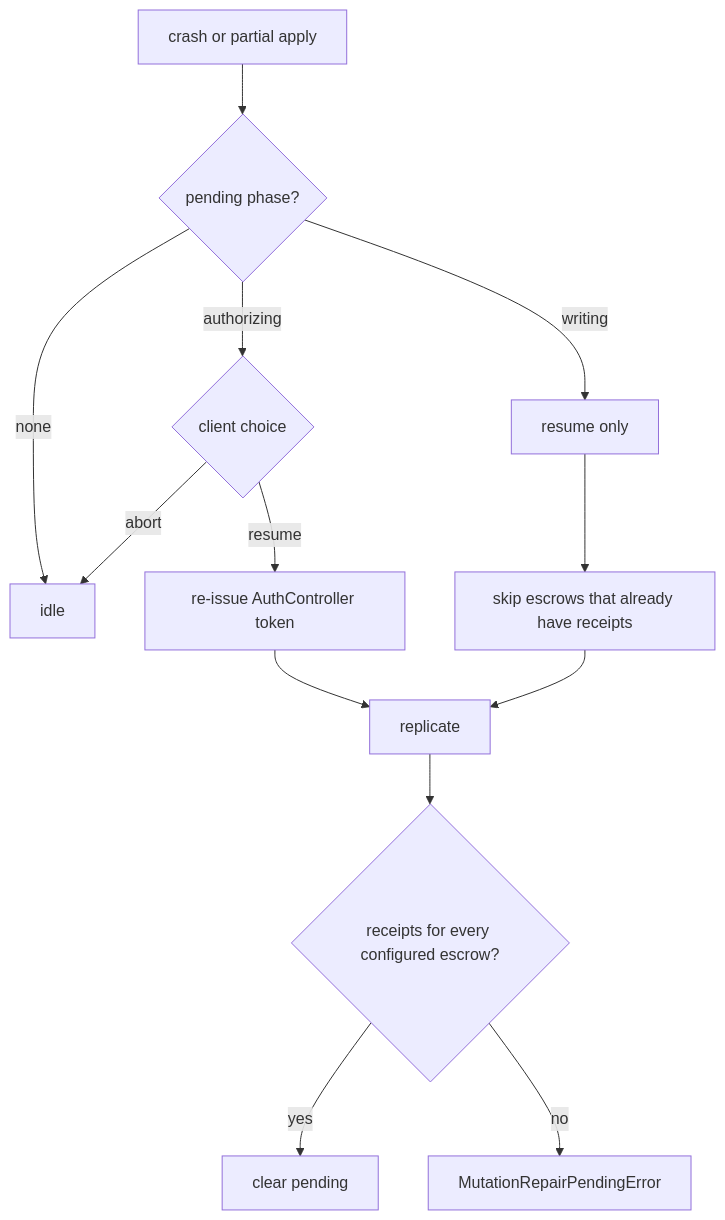
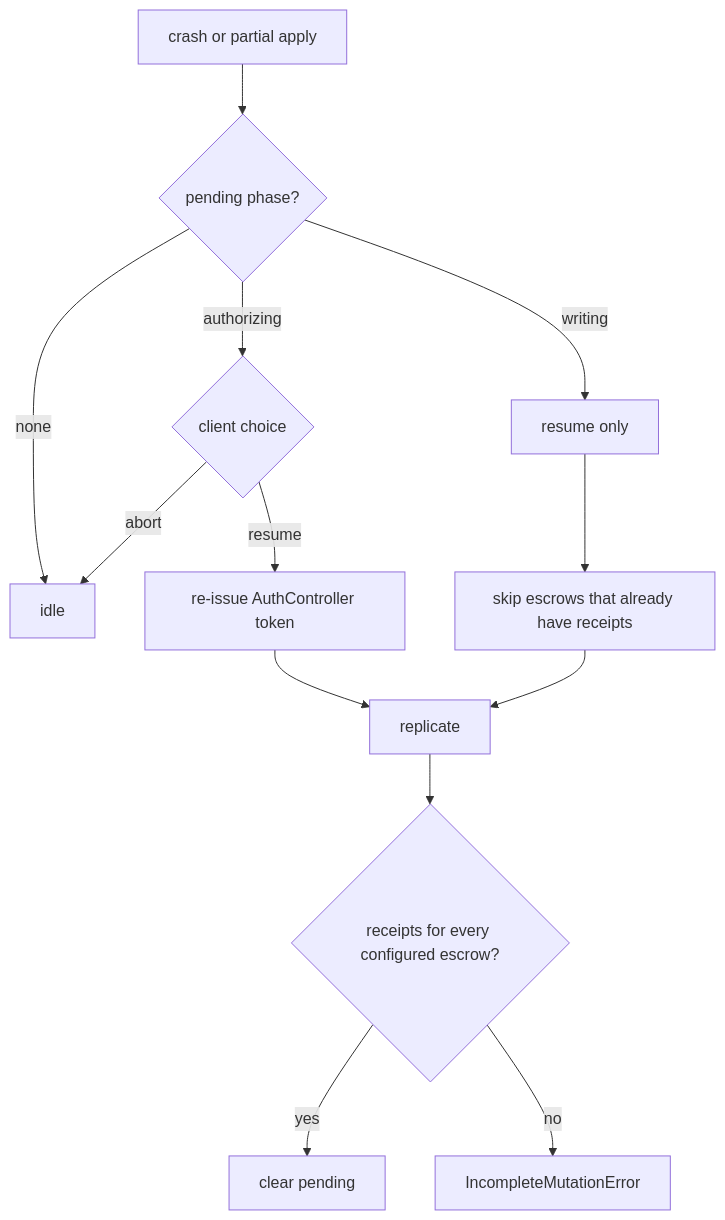
The sixth of 6 diagrams in packages/mfa-recovery-controller/ARCHITECTURE.md (MetaMask/core), drawn with Mermaid before and after one commit. The commit also changed other lines of this file and 16 other files, not shown here.

````diff
--- a/packages/mfa-recovery-controller/ARCHITECTURE.md
+++ b/packages/mfa-recovery-controller/ARCHITECTURE.md
@@ -171,15 +174,15 @@
 ```mermaid
 flowchart TD
   Crash[crash or partial apply] --> Phase{pending phase?}
   Phase -->|none| Idle[idle]
   Phase -->|authorizing| AbortOrResume{client choice}
   AbortOrResume -->|abort| Idle
   AbortOrResume -->|resume| Auth[re-issue AuthController token]
   Auth --> Write[replicate]
   Phase -->|writing| ResumeOnly[resume only]
   ResumeOnly --> Skip[skip escrows that already have receipts]
   Skip --> Write
   Write --> All{receipts for every configured escrow?}
   All -->|yes| Clear[clear pending]
-  All -->|no| PendingErr[MutationRepairPendingError]
+  All -->|no| PendingErr[IncompleteMutationError]
 ```
````
